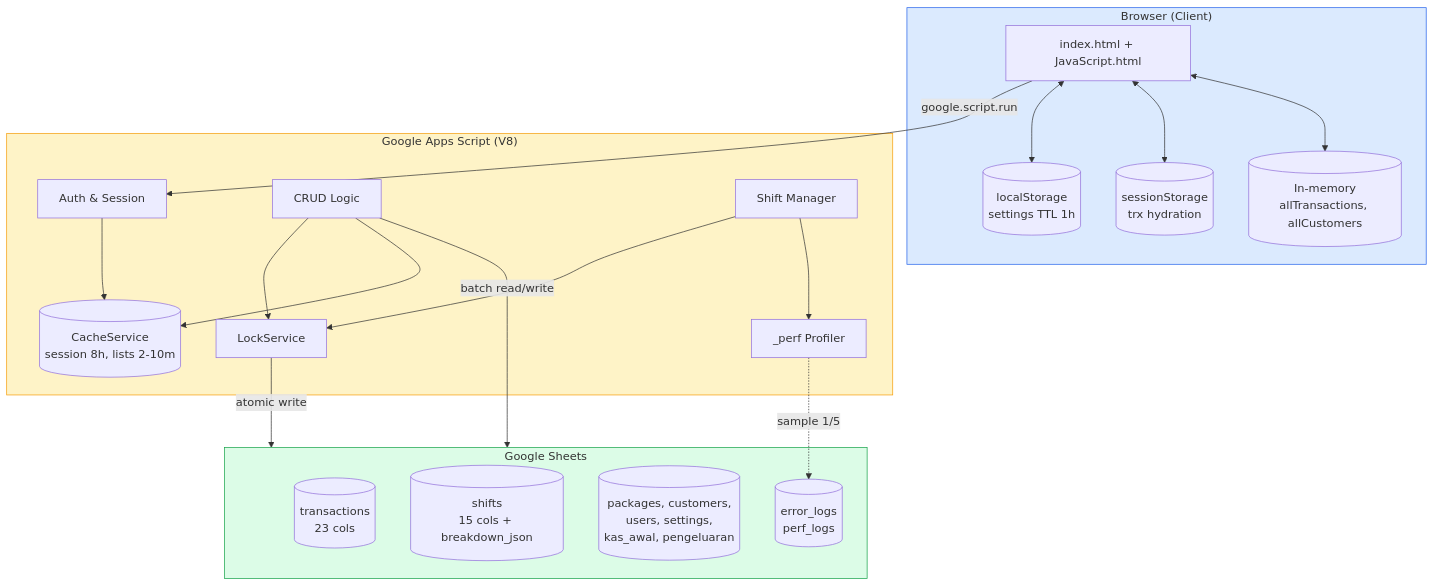
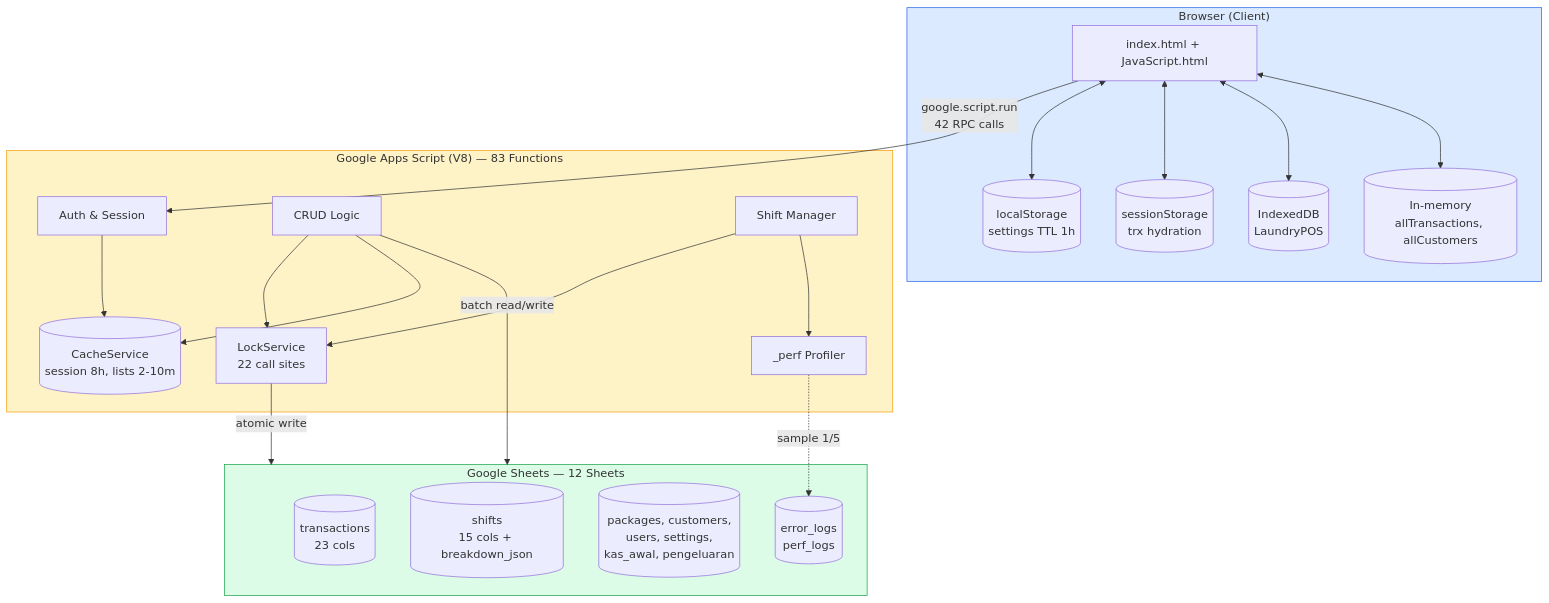
The first of 5 diagrams in README.md (nndda-rzn/kucucikan-laundry-migrate), drawn with Mermaid before and after one commit. The commit also changed other lines of this file, not shown here.

````diff
--- a/README.md
+++ b/README.md
@@ -223,44 +391,46 @@
 ```mermaid
 flowchart TB
     subgraph Client["Browser (Client)"]
         UI[index.html + JavaScript.html]
         LS[(localStorage<br/>settings TTL 1h)]
         SS[(sessionStorage<br/>trx hydration)]
+        IDB[(IndexedDB<br/>LaundryPOS)]
         RAM[(In-memory<br/>allTransactions, allCustomers)]
     end
 
-    subgraph Server["Google Apps Script (V8)"]
+    subgraph Server["Google Apps Script (V8) — 83 Functions"]
         Auth[Auth & Session]
         CRUD[CRUD Logic]
         Shift[Shift Manager]
         Perf[_perf Profiler]
-        Lock[LockService]
+        Lock[LockService<br/>22 call sites]
         Cache[(CacheService<br/>session 8h, lists 2-10m)]
     end
 
-    subgraph DB["Google Sheets"]
+    subgraph DB["Google Sheets — 12 Sheets"]
         T1[(transactions<br/>23 cols)]
         T2[(shifts<br/>15 cols + breakdown_json)]
         T3[(packages, customers,<br/>users, settings,<br/>kas_awal, pengeluaran)]
         Logs[(error_logs<br/>perf_logs)]
     end
 
-    UI -->|google.script.run| Auth
+    UI -->|google.script.run<br/>42 RPC calls| Auth
     UI <--> LS
     UI <--> SS
+    UI <--> IDB
     UI <--> RAM
 
     Auth --> Cache
     CRUD --> Lock
     CRUD --> Cache
     Shift --> Lock
     Shift --> Perf
 
     Lock -->|atomic write| DB
     CRUD -->|batch read/write| DB
     Perf -.sample 1/5.-> Logs
 
     style Client fill:#dbeafe,stroke:#2563eb
     style Server fill:#fef3c7,stroke:#f59e0b
     style DB fill:#dcfce7,stroke:#16a34a
 ```
````
